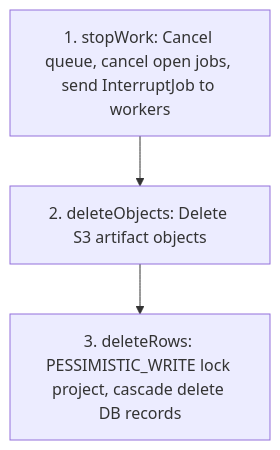
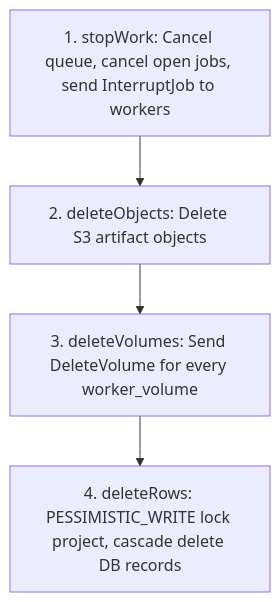
Before and after one commit to iceBear67/prts-central: the diagram in agent-docs/project-deletion.md, drawn with Mermaid. The commit also changed other lines of this file and 51 other files, not shown here.

````diff
--- a/agent-docs/project-deletion.md
+++ b/agent-docs/project-deletion.md
@@ -5,5 +5,6 @@
 ```mermaid
 flowchart TD
     A["1. stopWork: Cancel queue, cancel open jobs, send InterruptJob to workers"] --> B["2. deleteObjects: Delete S3 artifact objects"]
-    B --> C["3. deleteRows: PESSIMISTIC_WRITE lock project, cascade delete DB records"]
+    B --> V["3. deleteVolumes: Send DeleteVolume for every worker_volume"]
+    V --> C["4. deleteRows: PESSIMISTIC_WRITE lock project, cascade delete DB records"]
 ```
````
